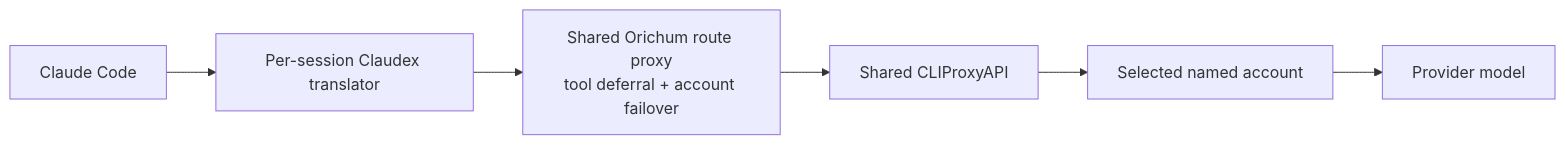
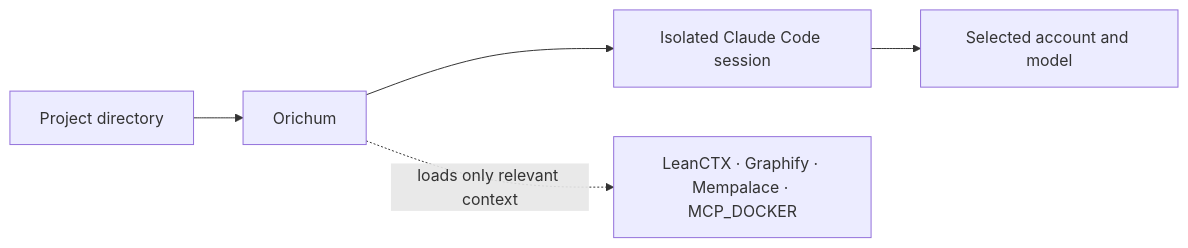
The diagram in README.md (orichum/claudex-workflow), drawn with Mermaid before and after one commit. The commit also changed other lines of this file and 5 other files, not shown here.

````diff
--- a/README.md
+++ b/README.md
@@ -230,8 +229,7 @@
 ```mermaid
 flowchart LR
-    C["Claude Code"] --> X["Per-session Claudex translator"]
-    X --> R["Shared Orichum route proxy<br/>tool deferral + account failover"]
-    R --> P["Shared CLIProxyAPI"]
-    P --> A["Selected named account"]
-    A --> M["Provider model"]
+    P["Project directory"] --> O["Orichum"]
+    O --> S["Isolated Claude Code session"]
+    S --> M["Selected account and model"]
+    O -. "loads only relevant context" .-> T["LeanCTX · Graphify · Mempalace · MCP_DOCKER"]
 ```
````
